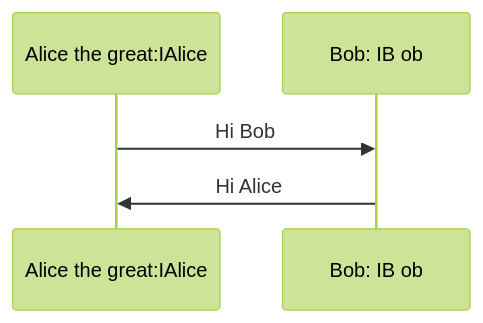
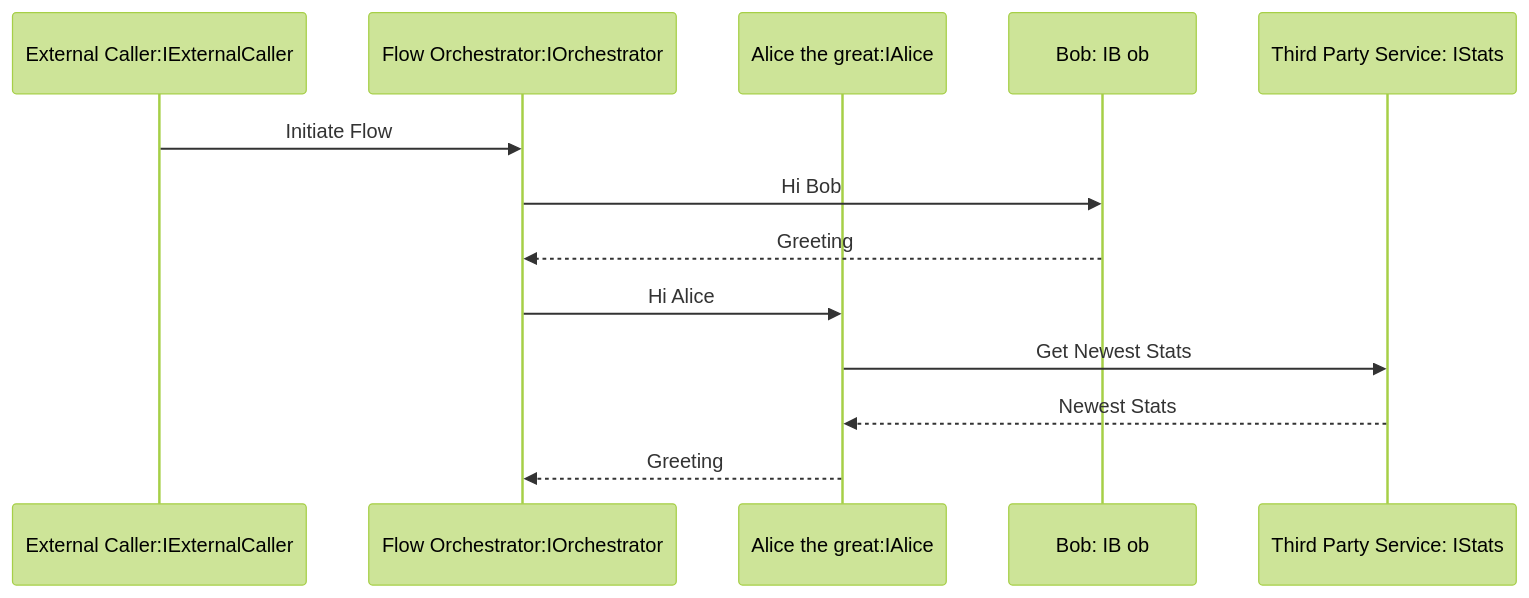
One commit to TheJuanitoLearnsShow/PuppyGeneratorFromDiagrams changed the diagram in src/SequenceSourceGenerator/Puppy.SequenceSourceGenerator/Puppy.SequenceSourceGenerator.Tests/sample-flow.md. Above: the diagram before and after it, drawn with Mermaid (forest theme). The commit also changed 6 other files, not shown here.

````diff
--- a/src/SequenceSourceGenerator/Puppy.SequenceSourceGenerator/Puppy.SequenceSourceGenerator.Tests/sample-flow.md
+++ b/src/SequenceSourceGenerator/Puppy.SequenceSourceGenerator/Puppy.SequenceSourceGenerator.Tests/sample-flow.md
@@ -2,7 +2,15 @@
 ```mermaid
 sequenceDiagram
+    participant api as External Caller:IExternalCaller
+    participant o as Flow Orchestrator:IOrchestrator
     participant a as Alice the great:IAlice
     participant b as Bob: IB ob
-    a->>b: Hi Bob
-    b->>a: Hi Alice
+    participant t as Third Party Service: IStats
+    api->>o:Initiate Flow
+    o->>b: Hi Bob
+    b-->>o: Greeting
+    o->>a: Hi Alice
+    a->>t: Get Newest Stats
+    t-->>a: Newest Stats
+    a-->>o: Greeting
 ```
````
